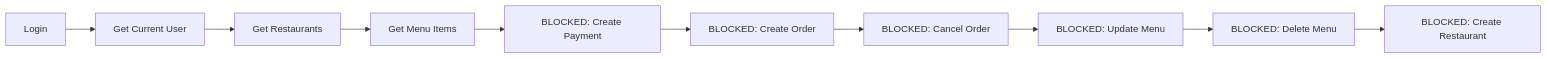
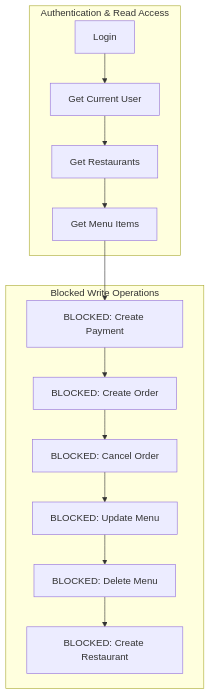
The third of 3 diagrams in api/postman/README.md (RanitManik/foody), drawn with Mermaid before and after one commit. The commit also changed other lines of this file, not shown here.

Commit message:
fix(docs): enhance execution flow diagrams in README.md with subgraphs for better clarity

````diff
--- a/api/postman/README.md
+++ b/api/postman/README.md
@@ -231,12 +247,17 @@
 ```mermaid
-graph LR
-    A[Login] --> B[Get Current User]
-    B --> C[Get Restaurants]
-    C --> D[Get Menu Items]
-    D --> E[BLOCKED: Create Payment]
-    E --> F[BLOCKED: Create Order]
-    F --> G[BLOCKED: Cancel Order]
-    G --> H[BLOCKED: Update Menu]
-    H --> I[BLOCKED: Delete Menu]
-    I --> J[BLOCKED: Create Restaurant]
+graph TD
+    subgraph "Authentication & Read Access"
+        A[Login] --> B[Get Current User]
+        B --> C[Get Restaurants]
+        C --> D[Get Menu Items]
+    end
+
+    subgraph "Blocked Write Operations"
+        D --> E[BLOCKED: Create Payment]
+        E --> F[BLOCKED: Create Order]
+        F --> G[BLOCKED: Cancel Order]
+        G --> H[BLOCKED: Update Menu]
+        H --> I[BLOCKED: Delete Menu]
+        I --> J[BLOCKED: Create Restaurant]
+    end
 ```
````
